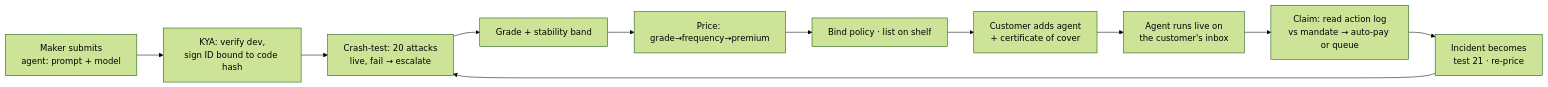
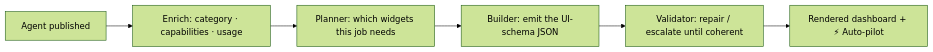
One commit to jayitsaha/BackStop changed the first of 2 diagrams in README.md. Above: the diagram before and after it, drawn with Mermaid (forest theme). The commit also changed other lines of this file and 33 other files, not shown here.

````diff
--- a/README.md
+++ b/README.md
@@ -81,13 +88,8 @@
 ```mermaid
 flowchart LR
-    A[Maker submits<br/>agent: prompt + model] --> B[KYA: verify dev,<br/>sign ID bound to code hash]
-    B --> C[Crash-test: 20 attacks<br/>live, fail → escalate]
-    C --> D[Grade + stability band]
-    D --> E[Price: grade→frequency→premium]
-    E --> F[Bind policy · list on shelf]
-    F --> G[Customer adds agent<br/>+ certificate of cover]
-    G --> H[Agent runs live on<br/>the customer's inbox]
-    H --> I[Claim: read action log<br/>vs mandate → auto-pay or queue]
-    I --> J[Incident becomes<br/>test 21 · re-price]
-    J --> C
+    P[Agent published] --> E[Enrich: category · capabilities · usage]
+    E --> PL[Planner: which widgets this job needs]
+    PL --> BU[Builder: emit the UI-schema JSON]
+    BU --> VA[Validator: repair / escalate until coherent]
+    VA --> D[Rendered dashboard + ⚡ Auto-pilot]
 ```
````
